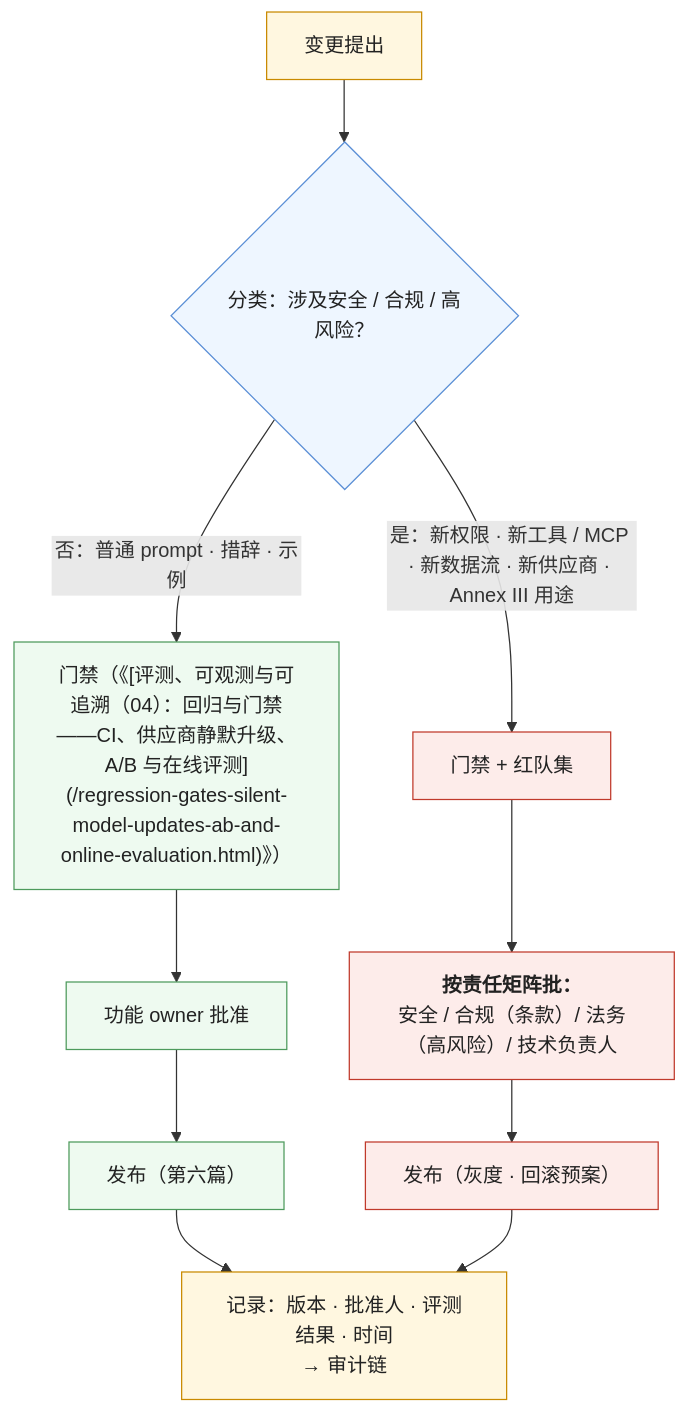
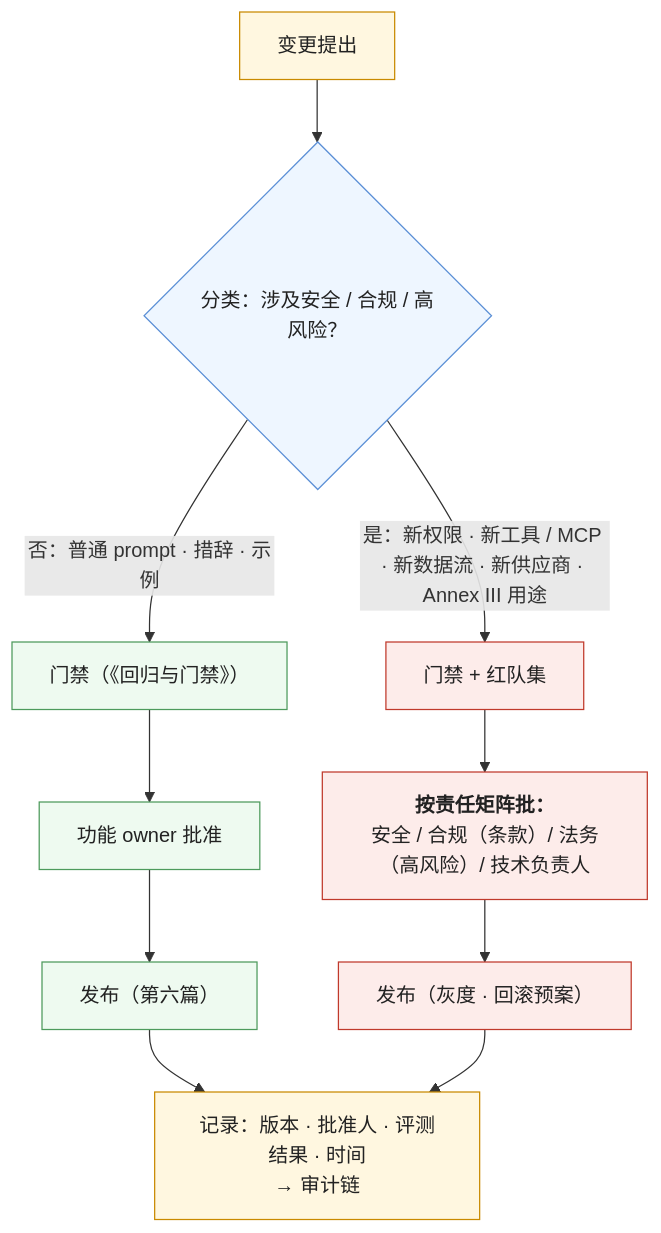
Before and after one commit to arganzheng/arganzheng.github.com: the fifth of 5 diagrams in _posts/2026-11-12-governance-and-compliance-audit-retention-ai-act-and-labeling.md, drawn with Mermaid. The commit also changed other lines of this file and 55 other files, not shown here.

First line of the commit message:
坐标 261 处改成文章标题，修 Mermaid 标签里显示源码的 bug

````diff
--- a/_posts/2026-11-12-governance-and-compliance-audit-retention-ai-act-and-labeling.md
+++ b/_posts/2026-11-12-governance-and-compliance-audit-retention-ai-act-and-labeling.md
@@ -232,16 +232,16 @@
 ```mermaid
 %% 图：变更的轻 / 重两条流程——所有变更先过分类：普通 prompt 改动走轻流程（门禁通过 → 功能 owner 批 → 发布 → 记录）；涉及新权限、新数据流、新供应商、高风险用途的走重流程（门禁 + 安全 / 合规 / 法务按责任矩阵批 → 发布 → 记录）；两条都以「版本 · 批准人 · 评测结果」的记录收尾，审计问「谁批的」有答案
 flowchart TB
     P["变更提出"] --> C{"分类：涉及安全 / 合规 / 高风险？"}
-    C -->|"否：普通 prompt · 措辞 · 示例"| L1["门禁（《[评测、可观测与可追溯（04）：回归与门禁——CI、供应商静默升级、A/B 与在线评测](/regression-gates-silent-model-updates-ab-and-online-evaluation.html)》）"] --> L2["功能 owner 批准"] --> L3["发布（第六篇）"]
+    C -->|"否：普通 prompt · 措辞 · 示例"| L1["门禁（《回归与门禁》）"] --> L2["功能 owner 批准"] --> L3["发布（第六篇）"]
     C -->|"是：新权限 · 新工具 / MCP · 新数据流 · 新供应商 · Annex III 用途"| H1["门禁 + 红队集"] --> H2["<b>按责任矩阵批：</b><br/>安全 / 合规（条款）/ 法务（高风险）/ 技术负责人"] --> H3["发布（灰度 · 回滚预案）"]
     L3 & H3 --> REC["记录：版本 · 批准人 · 评测结果 · 时间<br/>→ 审计链"]
     classDef n fill:#fff7e0,stroke:#c98a00,color:#222
     classDef dec fill:#eef6ff,stroke:#5b8fd6,color:#222
     classDef light fill:#eefaf0,stroke:#4d9a5c,color:#222
     classDef heavy fill:#fdecea,stroke:#c0392b,color:#222
     class P,REC n
     class C dec
     class L1,L2,L3 light
     class H1,H2,H3 heavy
 ```
````
